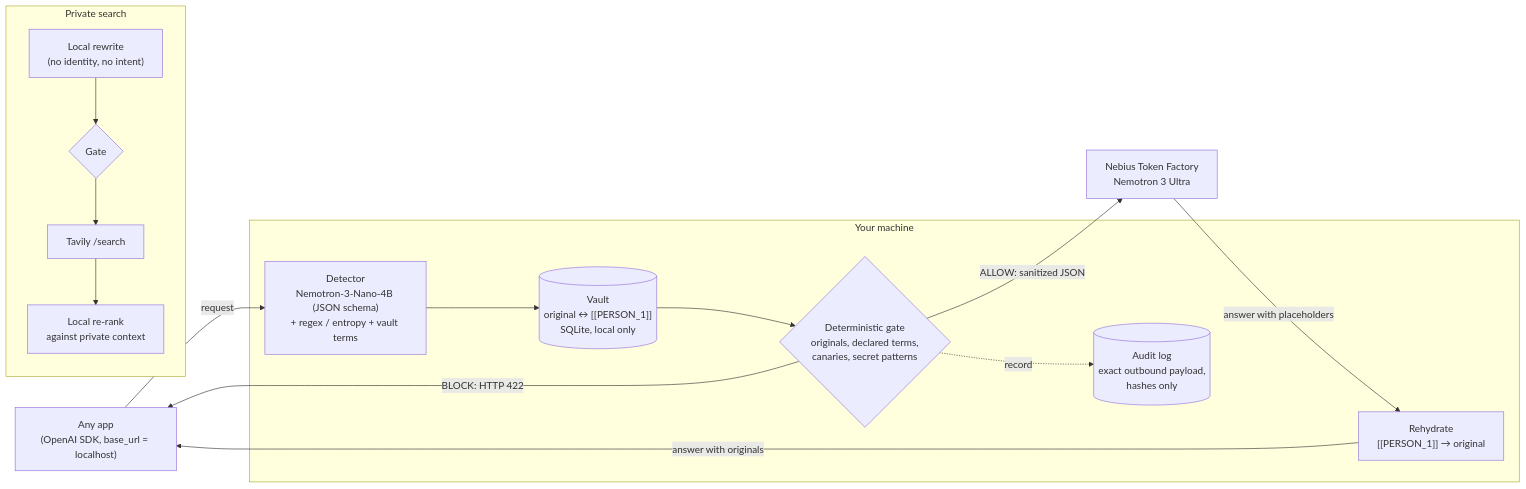
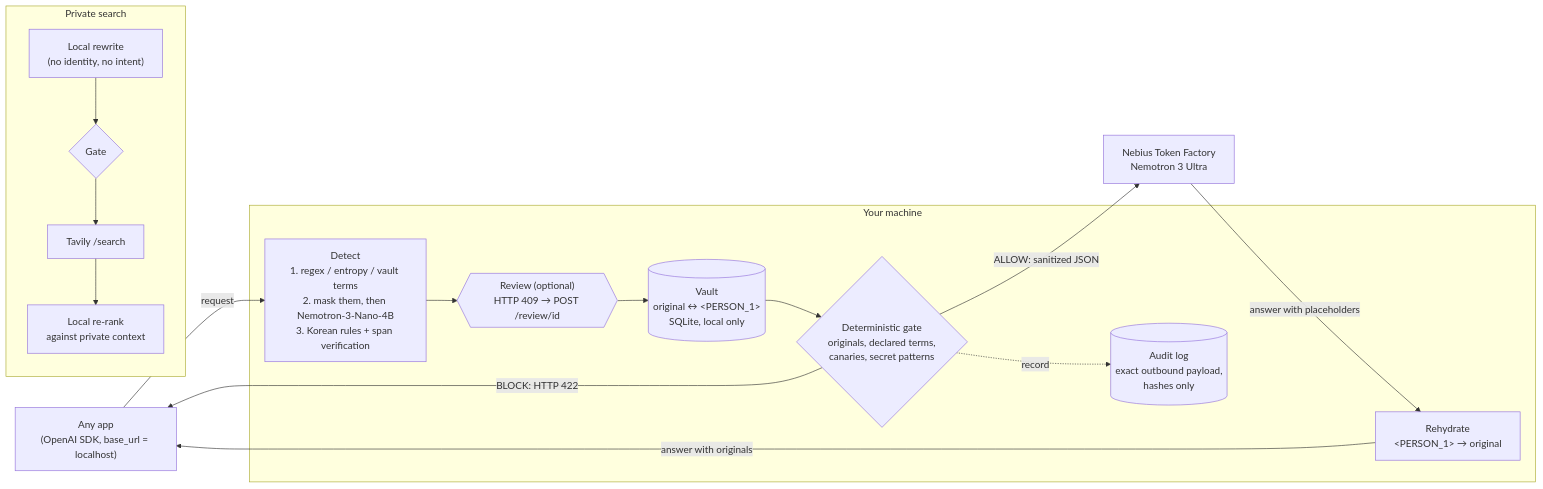
The diagram in README.md (tristan-kkim/airlock), drawn with Mermaid before and after one commit. The commit also changed other lines of this file and 23 other files, not shown here.

````diff
--- a/README.md
+++ b/README.md
@@ -21,24 +21,25 @@
 ```mermaid
 flowchart LR
     App["Any app<br/>(OpenAI SDK, base_url = localhost)"] -->|request| Detect
 
     subgraph Local["Your machine"]
-        Detect["Detector<br/>Nemotron-3-Nano-4B (JSON schema)<br/>+ regex / entropy + vault terms"]
-        Vault[("Vault<br/>original ↔ [[PERSON_1]]<br/>SQLite, local only")]
+        Detect["Detect<br/>1. regex / entropy / vault terms<br/>2. mask them, then Nemotron-3-Nano-4B<br/>3. Korean rules + span verification"]
+        Review{{"Review (optional)<br/>HTTP 409 → POST /review/id"}}
+        Vault[("Vault<br/>original ↔ #60;PERSON_1#62;<br/>SQLite, local only")]
         Gate{"Deterministic gate<br/>originals, declared terms,<br/>canaries, secret patterns"}
-        Rehydrate["Rehydrate<br/>[[PERSON_1]] → original"]
+        Rehydrate["Rehydrate<br/>#60;PERSON_1#62; → original"]
         Audit[("Audit log<br/>exact outbound payload,<br/>hashes only")]
-        Detect --> Vault --> Gate
+        Detect --> Review --> Vault --> Gate
         Gate -. record .-> Audit
     end
 
     Gate -->|"BLOCK: HTTP 422"| App
     Gate -->|"ALLOW: sanitized JSON"| TF["Nebius Token Factory<br/>Nemotron 3 Ultra"]
     TF -->|"answer with placeholders"| Rehydrate
     Rehydrate -->|"answer with originals"| App
 
     subgraph Search["Private search"]
         Rewrite["Local rewrite<br/>(no identity, no intent)"] --> Gate2{"Gate"} --> Tavily["Tavily /search"]
         Tavily --> Rerank["Local re-rank<br/>against private context"]
     end
 ```
````
